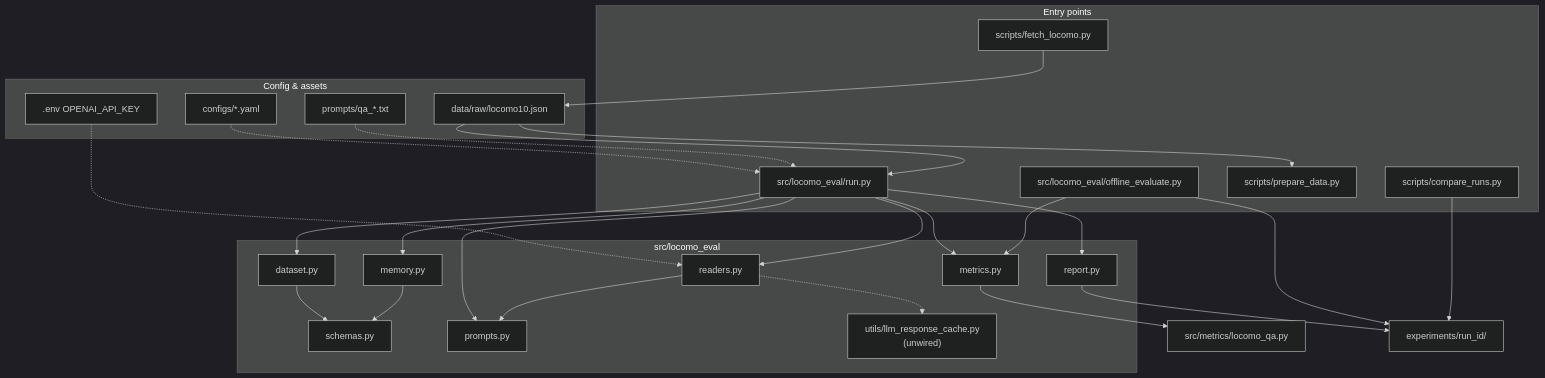
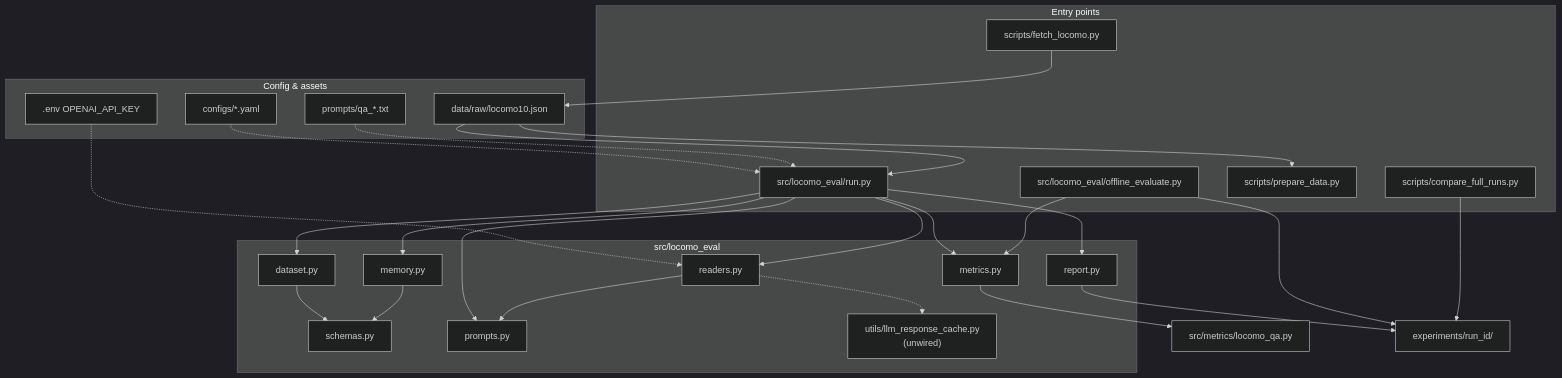
Before and after one commit to park-jsdev/long-term-memory-eval: the first of 4 diagrams in README.md, drawn with Mermaid (dark theme). The commit also changed other lines of this file and 15 other files, not shown here.

````diff
--- a/README.md
+++ b/README.md
@@ -15,54 +15,54 @@
 ```mermaid
 flowchart TB
   subgraph Config["Config & assets"]
     YAML["configs/*.yaml"]
     PROMPT["prompts/qa_*.txt"]
     ENV[".env OPENAI_API_KEY"]
     DATA["data/raw/locomo10.json"]
   end
 
   subgraph CLI["Entry points"]
     RUN["src/locomo_eval/run.py"]
     EVAL["src/locomo_eval/offline_evaluate.py"]
     PREP["scripts/prepare_data.py"]
-    CMP["scripts/compare_runs.py"]
+    CMP["scripts/compare_full_runs.py"]
     FETCH["scripts/fetch_locomo.py"]
   end
 
   subgraph Core["src/locomo_eval"]
     DS["dataset.py"]
     SCH["schemas.py"]
     MEM["memory.py"]
     PR["prompts.py"]
     RD["readers.py"]
     CACHE["utils/llm_response_cache.py\n(unwired)"]
     MET["metrics.py"]
     REP["report.py"]
   end
 
   LOCOMO["src/metrics/locomo_qa.py"]
   OUT["experiments/run_id/"]
 
   FETCH --> DATA
   YAML -.-> RUN
   PROMPT -.-> RUN
   ENV -.-> RD
   DATA --> RUN
   DATA --> PREP
 
   RUN --> DS
   RUN --> MEM
   RUN --> PR
   RUN --> RD
   RUN --> MET
   RUN --> REP
   DS --> SCH
   MEM --> SCH
   RD -.-> CACHE
   RD --> PR
   MET --> LOCOMO
   REP --> OUT
   EVAL --> MET
   EVAL --> OUT
   CMP --> OUT
 ```
````
